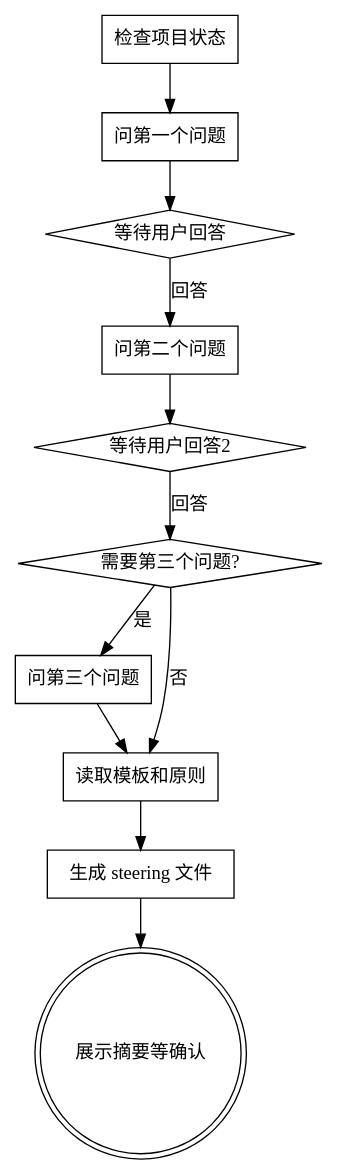
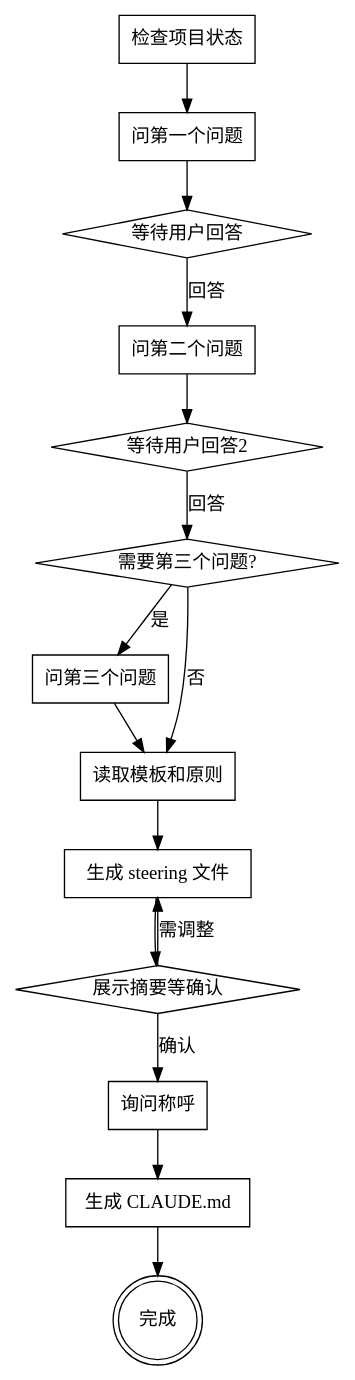
The diagram in skills/init/SKILL.md (PleasurehubTeam/yy-dev), drawn with Graphviz before and after one commit. The commit also changed other lines of this file, not shown here.

First line of the commit message:
feat: generate CLAUDE.md at project root during init

````diff
--- a/skills/init/SKILL.md
+++ b/skills/init/SKILL.md
@@ -40,25 +41,32 @@
 ```dot
 digraph init {
     "检查项目状态" [shape=box];
     "问第一个问题" [shape=box];
     "等待用户回答" [shape=diamond];
     "问第二个问题" [shape=box];
     "等待用户回答2" [shape=diamond];
     "需要第三个问题?" [shape=diamond];
     "问第三个问题" [shape=box];
     "读取模板和原则" [shape=box];
     "生成 steering 文件" [shape=box];
-    "展示摘要等确认" [shape=doublecircle];
+    "展示摘要等确认" [shape=diamond];
+    "询问称呼" [shape=box];
+    "生成 CLAUDE.md" [shape=box];
+    "完成" [shape=doublecircle];
 
     "检查项目状态" -> "问第一个问题";
     "问第一个问题" -> "等待用户回答";
     "等待用户回答" -> "问第二个问题" [label="回答"];
     "问第二个问题" -> "等待用户回答2";
     "等待用户回答2" -> "需要第三个问题?" [label="回答"];
     "需要第三个问题?" -> "问第三个问题" [label="是"];
     "需要第三个问题?" -> "读取模板和原则" [label="否"];
     "问第三个问题" -> "读取模板和原则";
     "读取模板和原则" -> "生成 steering 文件";
     "生成 steering 文件" -> "展示摘要等确认";
+    "展示摘要等确认" -> "询问称呼" [label="确认"];
+    "展示摘要等确认" -> "生成 steering 文件" [label="需调整"];
+    "询问称呼" -> "生成 CLAUDE.md";
+    "生成 CLAUDE.md" -> "完成";
 }
 ```
````
